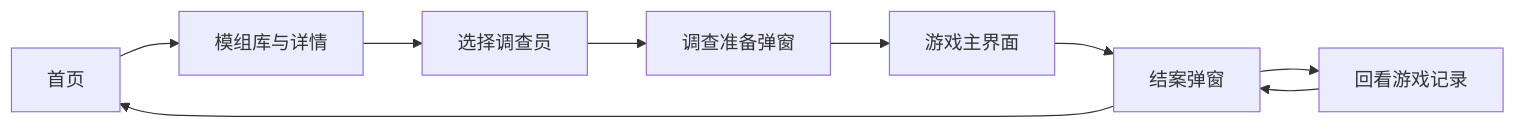
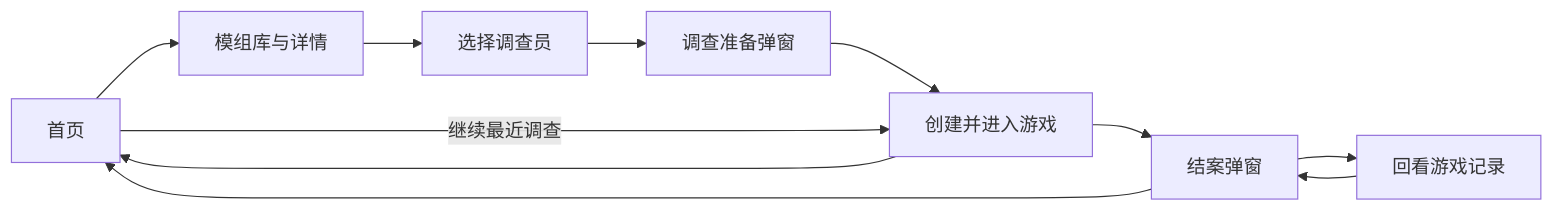
One commit to FOC4869/TRPG-kp-agent changed the diagram in docs/user-journey.md. Above: the diagram before and after it, drawn with Mermaid. The commit also changed other lines of this file and 13 other files, not shown here.

````diff
--- a/docs/user-journey.md
+++ b/docs/user-journey.md
@@ -9,11 +9,13 @@
 ```mermaid
 flowchart LR
     H[首页] --> M[模组库与详情]
     M --> I[选择调查员]
     I --> C[调查准备弹窗]
-    C --> G[游戏主界面]
+    C --> G[创建并进入游戏]
+    H -->|继续最近调查| G
     G --> E[结案弹窗]
+    G --> H
     E --> H
     E --> R[回看游戏记录]
     R --> E
 ```
````
